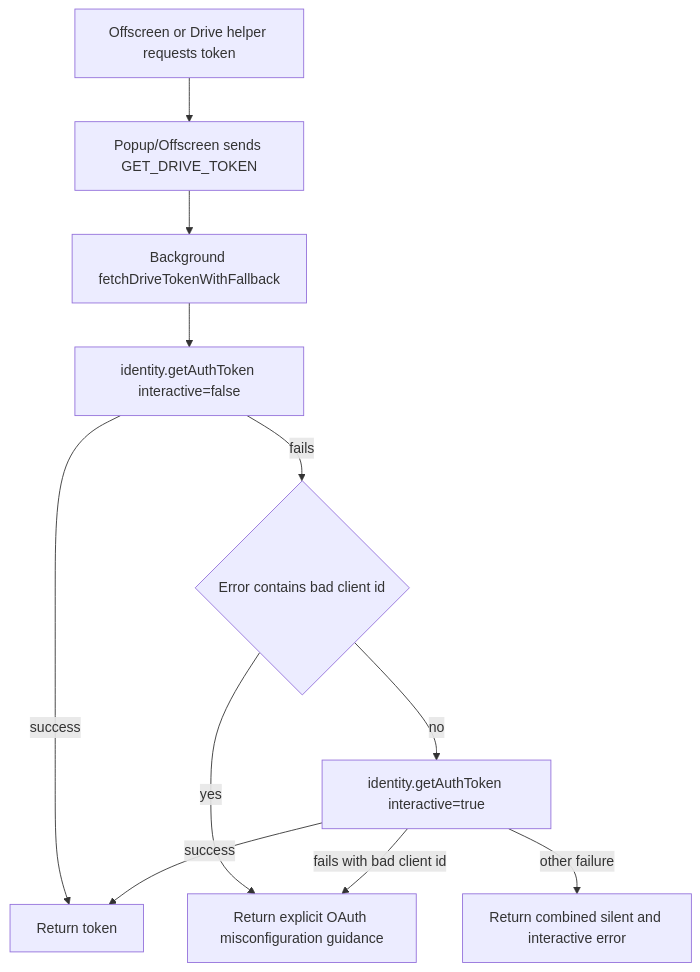
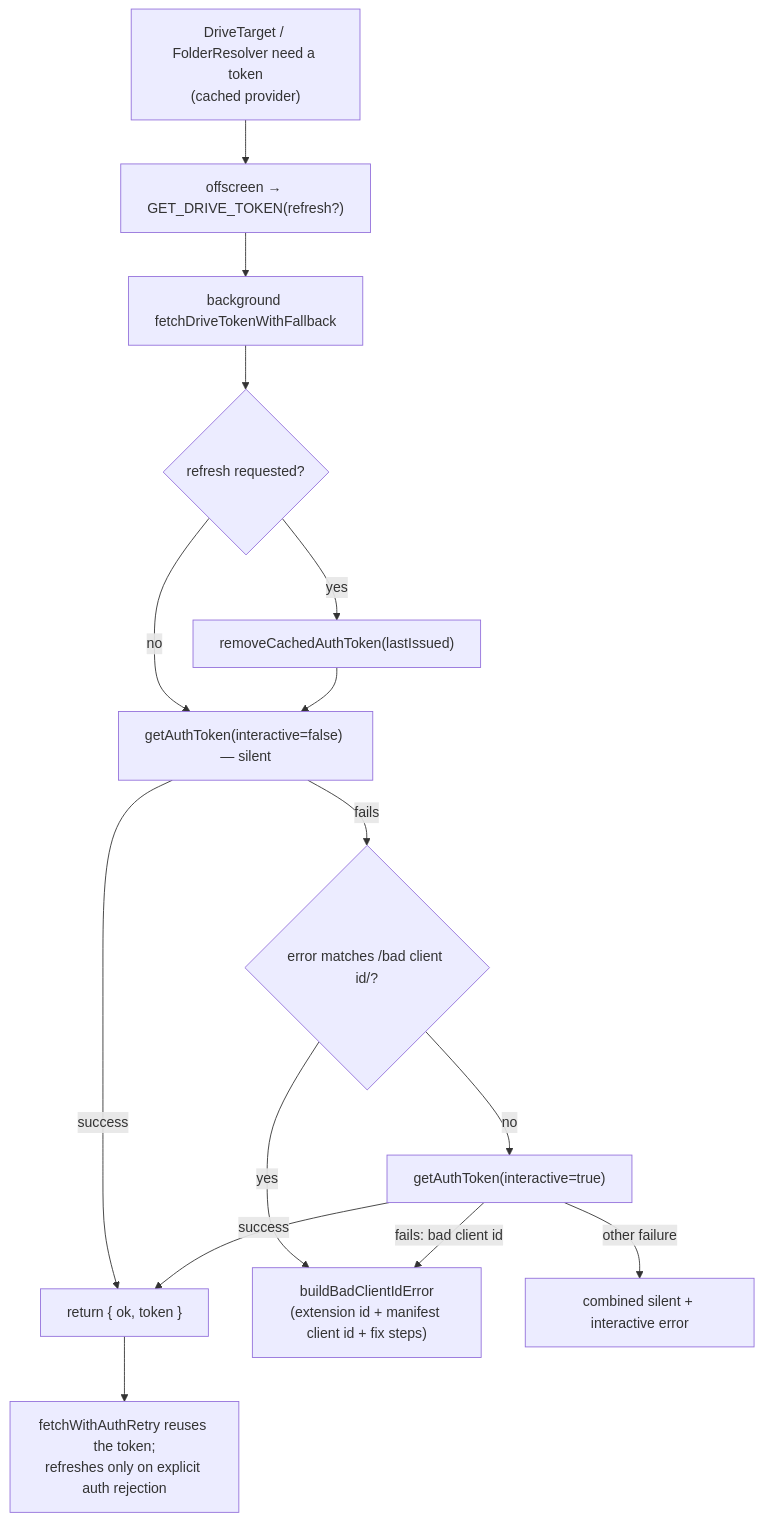
Before and after one commit to kstroevsky/chrome-meeting-recording-extension: diagram 13 of 17 in README.md, drawn with Mermaid. The commit also changed other lines of this file, not shown here.

Commit message:
Docs: Update mermaid diagrams

````diff
--- a/README.md
+++ b/README.md
@@ -1159,16 +1523,17 @@
 ```mermaid
 flowchart TD
-    A[Offscreen or Drive helper requests token] --> B[Popup/Offscreen sends GET_DRIVE_TOKEN]
-    B --> C[Background fetchDriveTokenWithFallback]
-    C --> D[identity.getAuthToken interactive=false]
-
-    D -->|success| E[Return token]
-    D -->|fails| F{Error contains bad client id}
-
-    F -->|yes| G[Return explicit OAuth misconfiguration guidance]
-    F -->|no| H[identity.getAuthToken interactive=true]
-
+    A["DriveTarget / FolderResolver need a token<br/>(cached provider)"] --> B["offscreen → GET_DRIVE_TOKEN(refresh?)"]
+    B --> Cc["background fetchDriveTokenWithFallback"]
+    Cc --> R{"refresh requested?"}
+    R -->|yes| R1["removeCachedAuthToken(lastIssued)"]
+    R -->|no| D
+    R1 --> D["getAuthToken(interactive=false) — silent"]
+    D -->|success| E["return { ok, token }"]
+    D -->|fails| F{"error matches /bad client id/?"}
+    F -->|yes| G["buildBadClientIdError<br/>(extension id + manifest client id + fix steps)"]
+    F -->|no| H["getAuthToken(interactive=true)"]
     H -->|success| E
-    H -->|fails with bad client id| G
-    H -->|other failure| I[Return combined silent and interactive error]
+    H -->|fails: bad client id| G
+    H -->|other failure| I["combined silent + interactive error"]
+    E --> ZZ["fetchWithAuthRetry reuses the token;<br/>refreshes only on explicit auth rejection"]
 ```
````
